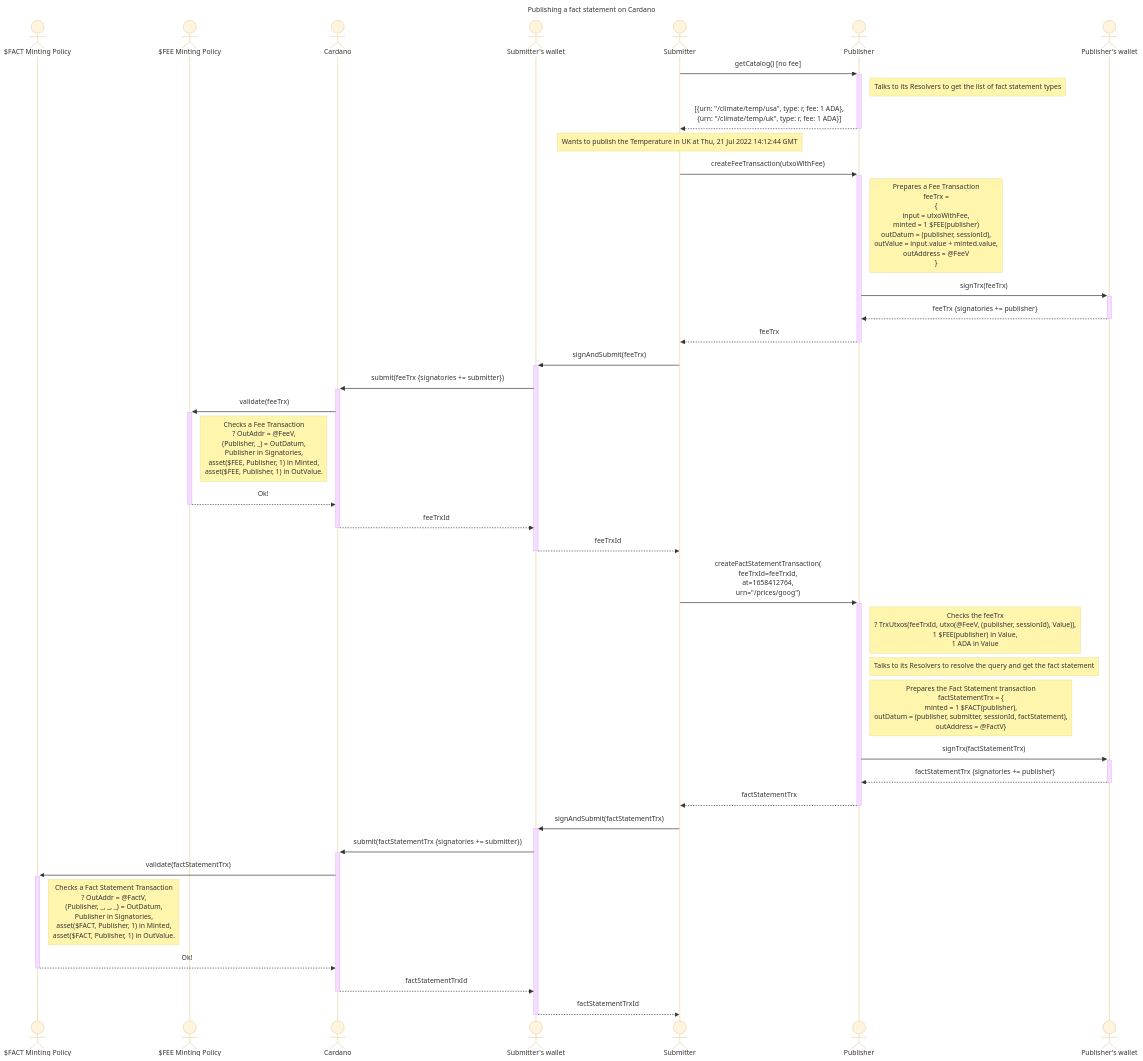
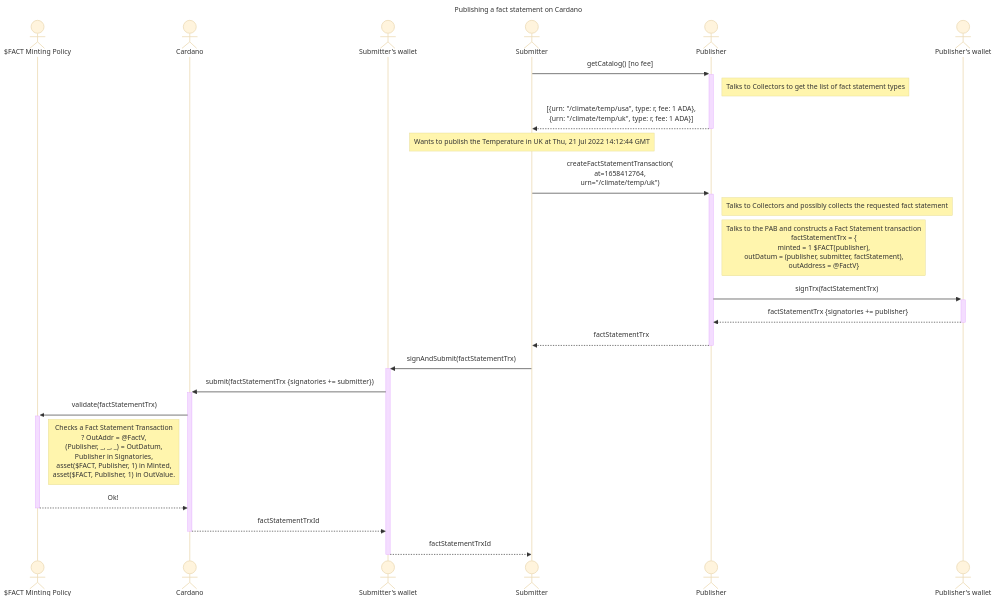
One commit to mlabs-haskell/cardano-open-oracle-protocol changed the diagram in docs/interactions/00-publish-a-fact-statement.md. Above: the diagram before and after it, drawn with Mermaid (base theme). The commit also changed other lines of this file and 1 other file, not shown here.

Commit message:
Updated the publish protocol without fee escrow

````diff
--- a/docs/interactions/00-publish-a-fact-statement.md
+++ b/docs/interactions/00-publish-a-fact-statement.md
@@ -24,44 +54,29 @@
 ```mermaid
 sequenceDiagram
   title Publishing a fact statement on Cardano
   actor factMp as $FACT Minting Policy
-  actor feeMp as $FEE Minting Policy
   actor cardano as Cardano
   actor submitterWallet as Submitter's wallet
   actor submitter as Submitter
   actor publisher as Publisher
   actor publisherWallet as Publisher's wallet
 
   submitter ->>+ publisher: getCatalog() [no fee]
-  note right of publisher: Talks to its Resolvers to get the list of fact statement types
+  note right of publisher: Talks to Collectors to get the list of fact statement types
   publisher -->>- submitter: [{urn: "/climate/temp/usa", type: r, fee: 1 ADA},<br />{urn: "/climate/temp/uk", type: r, fee: 1 ADA}]
   note over submitter: Wants to publish the Temperature in UK at Thu, 21 Jul 2022 14:12:44 GMT
 
-  submitter ->>+ publisher: createFeeTransaction(utxoWithFee)
-  note right of publisher: Prepares a Fee Transaction<br/>feeTrx = <br/>{<br/>input = utxoWithFee,<br/>minted = 1 $FEE(publisher)<br/>outDatum = (publisher, sessionId),<br/>outValue = input.value + minted.value,<br/>outAddress = @FeeV<br/>}
-    publisher ->>+ publisherWallet: signTrx(feeTrx)
-    publisherWallet -->>- publisher: feeTrx {signatories += publisher}
-  publisher -->>- submitter: feeTrx
-  submitter ->>+ submitterWallet: signAndSubmit(feeTrx)
-    submitterWallet ->>+ cardano: submit(feeTrx {signatories += submitter})
-      cardano ->>+ feeMp: validate(feeTrx)
-      note right of feeMp: Checks a Fee Transaction<br/>? OutAddr = @FeeV,<br/>(Publisher, _) = OutDatum,<br/>Publisher in Signatories,<br/>asset($FEE, Publisher, 1) in Minted,<br/>asset($FEE, Publisher, 1) in OutValue.
-      feeMp -->>- cardano: Ok!
-    cardano -->>- submitterWallet: feeTrxId
-  submitterWallet -->>- submitter: feeTrxId
-  
-  submitter ->>+ publisher: createFactStatementTransaction(<br />feeTrxId=feeTrxId,<br />at=1658412764,<br />urn="/prices/goog")
-  note right of publisher: Checks the feeTrx<br/>? TrxUtxos(feeTrxId, utxo(@FeeV, (publisher, sessionId), Value)),<br/>1 $FEE(publisher) in Value,<br/>1 ADA in Value
-  note right of publisher: Talks to its Resolvers to resolve the query and get the fact statement
-  note right of publisher: Prepares the Fact Statement transaction<br/>factStatementTrx = {<br/>minted = 1 $FACT(publisher), <br/>outDatum = (publisher, submitter, sessionId, factStatement),<br/>outAddress = @FactV}
+  submitter ->>+ publisher: createFactStatementTransaction(<br />at=1658412764,<br />urn="/climate/temp/uk")
+  note right of publisher: Talks to Collectors and possibly collects the requested fact statement
+  note right of publisher: Talks to the PAB and constructs a Fact Statement transaction<br/>factStatementTrx = {<br/>minted = 1 $FACT(publisher), <br/>outDatum = (publisher, submitter, factStatement),<br/>outAddress = @FactV}
     publisher ->>+ publisherWallet: signTrx(factStatementTrx)
     publisherWallet -->>- publisher: factStatementTrx {signatories += publisher}
   publisher -->>- submitter: factStatementTrx
   submitter ->>+ submitterWallet: signAndSubmit(factStatementTrx)
       submitterWallet ->>+ cardano: submit(factStatementTrx {signatories += submitter})
       cardano ->>+ factMp: validate(factStatementTrx)
       note right of factMp: Checks a Fact Statement Transaction<br/>? OutAddr = @FactV,<br/>(Publisher, _, _, _) = OutDatum,<br/>Publisher in Signatories,<br/>asset($FACT, Publisher, 1) in Minted,<br/>asset($FACT, Publisher, 1) in OutValue.
       factMp -->>- cardano: Ok!
     cardano -->>- submitterWallet: factStatementTrxId
   submitterWallet -->>- submitter: factStatementTrxId
 ```
````
